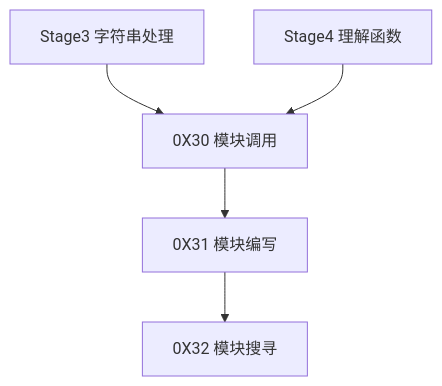
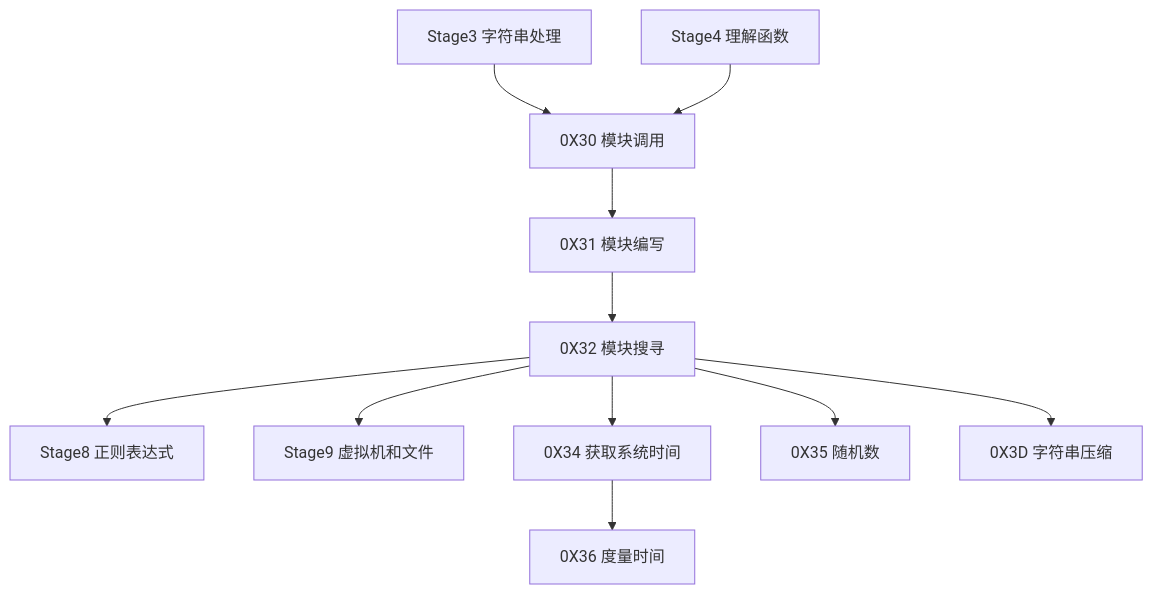
Before and after one commit to ZhiZe-ZG/TXLuaLesson: the ninth of 11 diagrams in 目录.md, drawn with Mermaid. The commit also changed other lines of this file and 11 other files, not shown here.

````diff
--- a/目录.md
+++ b/目录.md
@@ -264,13 +264,25 @@
 ```mermaid
 graph TD
     S3[Stage3 字符串处理]
     S4[Stage4 理解函数]
+    S8[Stage8 正则表达式]
+    S9[Stage9 虚拟机和文件]
     C30[0X30 模块调用]
     C31[0X31 模块编写]
     C32[0X32 模块搜寻]
+    C34[0X34 获取系统时间]
+    C35[0X35 随机数]
+    C36[0X36 度量时间]
+    C3D[0X3D 字符串压缩]
 
     S3-->C30
     S4-->C30
     C30-->C31
     C31-->C32
+    C32-->C34
+    C32-->C35
+    C32-->C3D
+    C32-->S8
+    C32-->S9
+    C34-->C36
 ```
````
